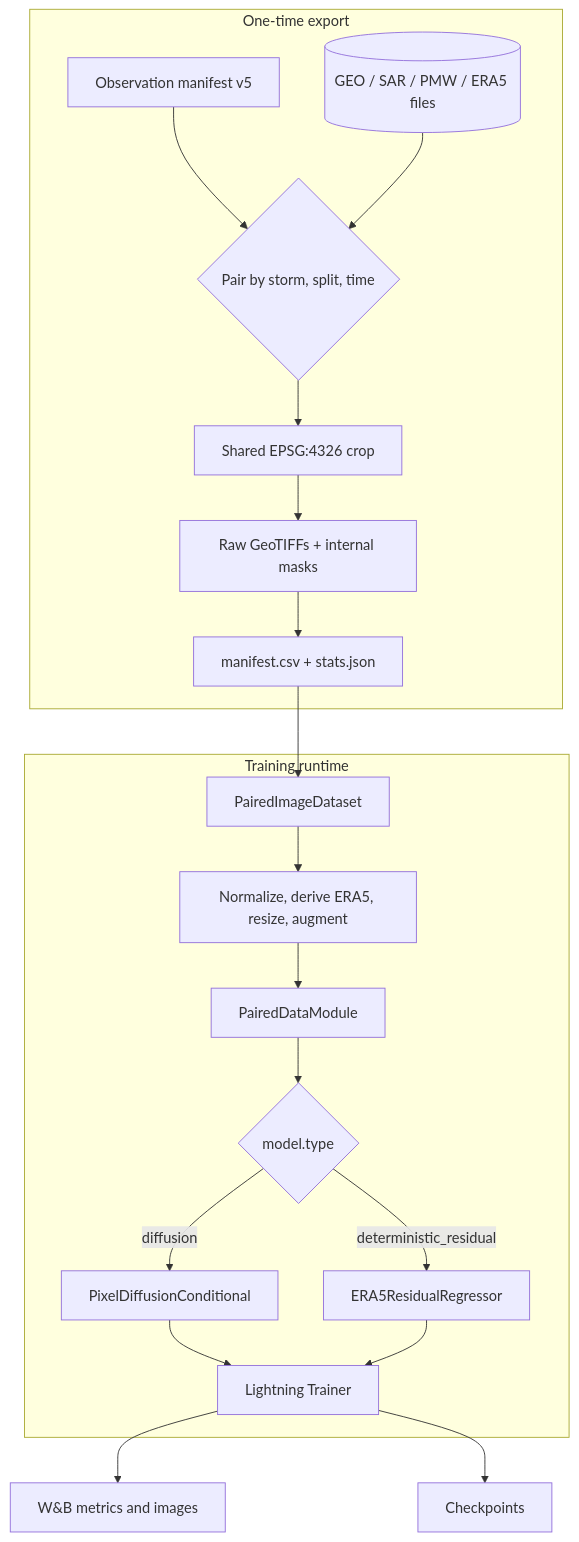
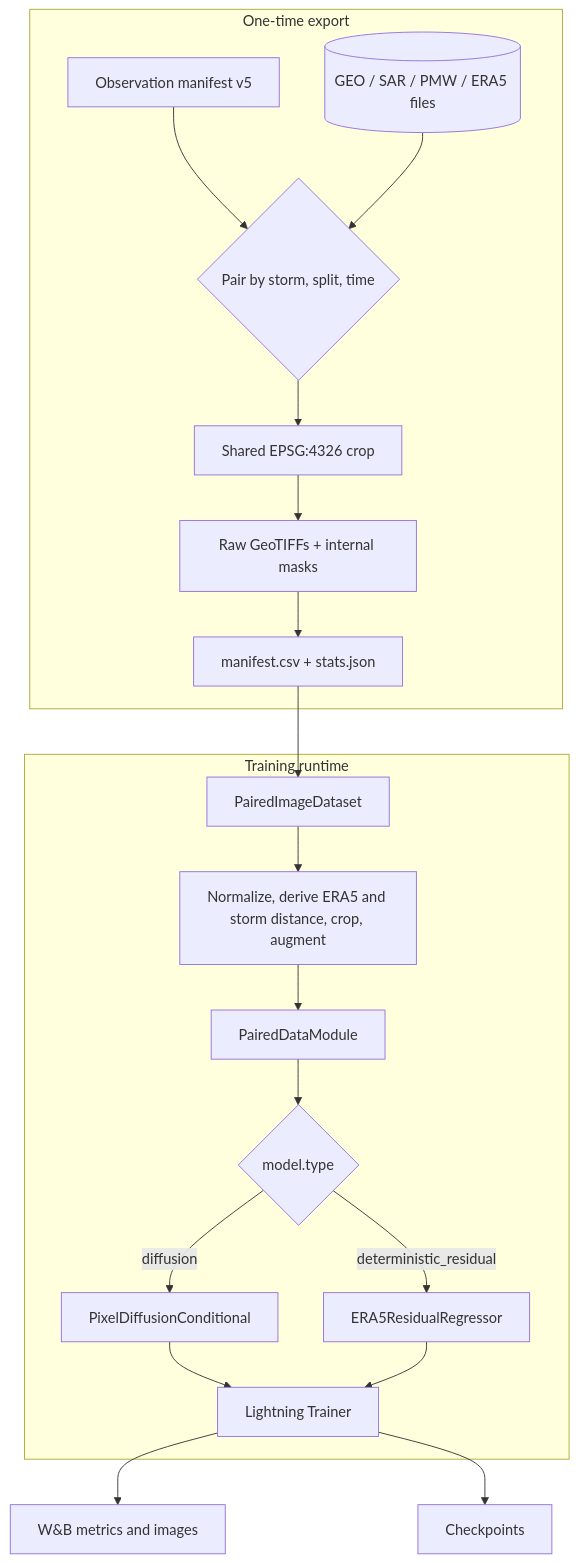
Before and after one commit to simon-donike/geo2wf: the diagram in docs/concepts/architecture.md, drawn with Mermaid. The commit also changed other lines of this file and 27 other files, not shown here.

````diff
--- a/docs/concepts/architecture.md
+++ b/docs/concepts/architecture.md
@@ -3,24 +3,24 @@
 ```mermaid
 flowchart TB
   subgraph Offline[One-time export]
     M[Observation manifest v5] --> P{Pair by storm, split, time}
     S[(GEO / SAR / PMW / ERA5 files)] --> P
     P --> G[Shared EPSG:4326 crop]
     G --> T[Raw GeoTIFFs + internal masks]
     T --> C[manifest.csv + stats.json]
   end
 
   subgraph Runtime[Training runtime]
     C --> D[PairedImageDataset]
-    D --> N[Normalize, derive ERA5, resize, augment]
+    D --> N[Normalize, derive ERA5 and storm distance, crop, augment]
     N --> L[PairedDataModule]
     L --> B{model.type}
     B -->|diffusion| X[PixelDiffusionConditional]
     B -->|deterministic_residual| R[ERA5ResidualRegressor]
     X --> O[Lightning Trainer]
     R --> O
   end
 
   O --> W[W&B metrics and images]
   O --> K[Checkpoints]
 ```
````
